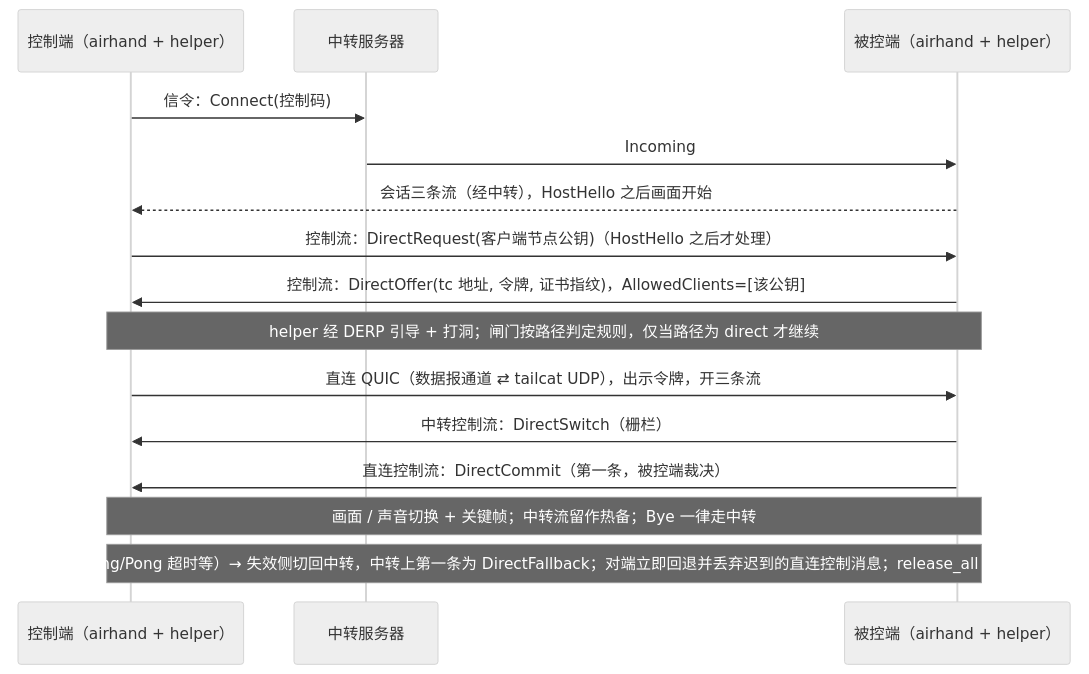
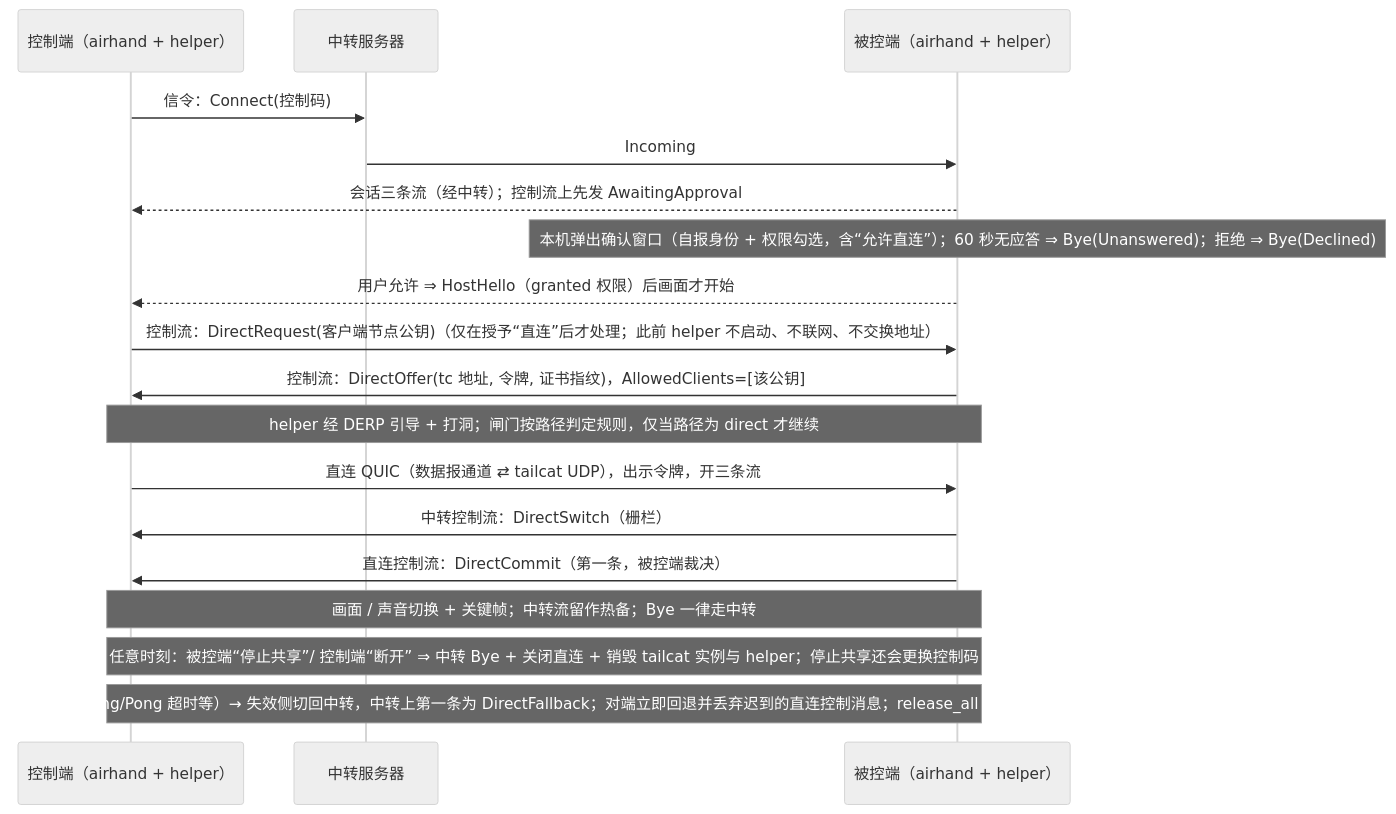
One commit to 2mauis/airhand changed the diagram in docs/specs/tailcat-p2p-feature-map.md. Above: the diagram before and after it, drawn with Mermaid (neutral theme). The commit also changed other lines of this file and 3 other files, not shown here.

````diff
--- a/docs/specs/tailcat-p2p-feature-map.md
+++ b/docs/specs/tailcat-p2p-feature-map.md
@@ -39,17 +46,20 @@
 ```mermaid
 sequenceDiagram
     participant C as 控制端（airhand + helper）
     participant R as 中转服务器
     participant H as 被控端（airhand + helper）
     C->>R: 信令：Connect(控制码)
     R->>H: Incoming
-    H-->>C: 会话三条流（经中转），HostHello 之后画面开始
-    C->>H: 控制流：DirectRequest(客户端节点公钥)（HostHello 之后才处理）
+    H-->>C: 会话三条流（经中转）；控制流上先发 AwaitingApproval
+    Note over H: 本机弹出确认窗口（自报身份 + 权限勾选，含“允许直连”）；60 秒无应答 ⇒ Bye(Unanswered)；拒绝 ⇒ Bye(Declined)
+    H-->>C: 用户允许 ⇒ HostHello（granted 权限）后画面才开始
+    C->>H: 控制流：DirectRequest(客户端节点公钥)（仅在授予“直连”后才处理；此前 helper 不启动、不联网、不交换地址）
     H->>C: 控制流：DirectOffer(tc 地址, 令牌, 证书指纹)，AllowedClients=[该公钥]
     Note over C,H: helper 经 DERP 引导 + 打洞；闸门按路径判定规则，仅当路径为 direct 才继续
     C->>H: 直连 QUIC（数据报通道 ⇄ tailcat UDP），出示令牌，开三条流
     H->>C: 中转控制流：DirectSwitch（栅栏）
     H->>C: 直连控制流：DirectCommit（第一条，被控端裁决）
     Note over C,H: 画面 / 声音切换 + 关键帧；中转流留作热备；Bye 一律走中转
+    Note over C,H: 任意时刻：被控端“停止共享”/ 控制端“断开” ⇒ 中转 Bye + 关闭直连 + 销毁 tailcat 实例与 helper；停止共享还会更换控制码
     Note over C,H: 直连变差（Ping/Pong 超时等）→ 失效侧切回中转，中转上第一条为 DirectFallback；对端立即回退并丢弃迟到的直连控制消息；release_all + 状态重同步
 ```
````
